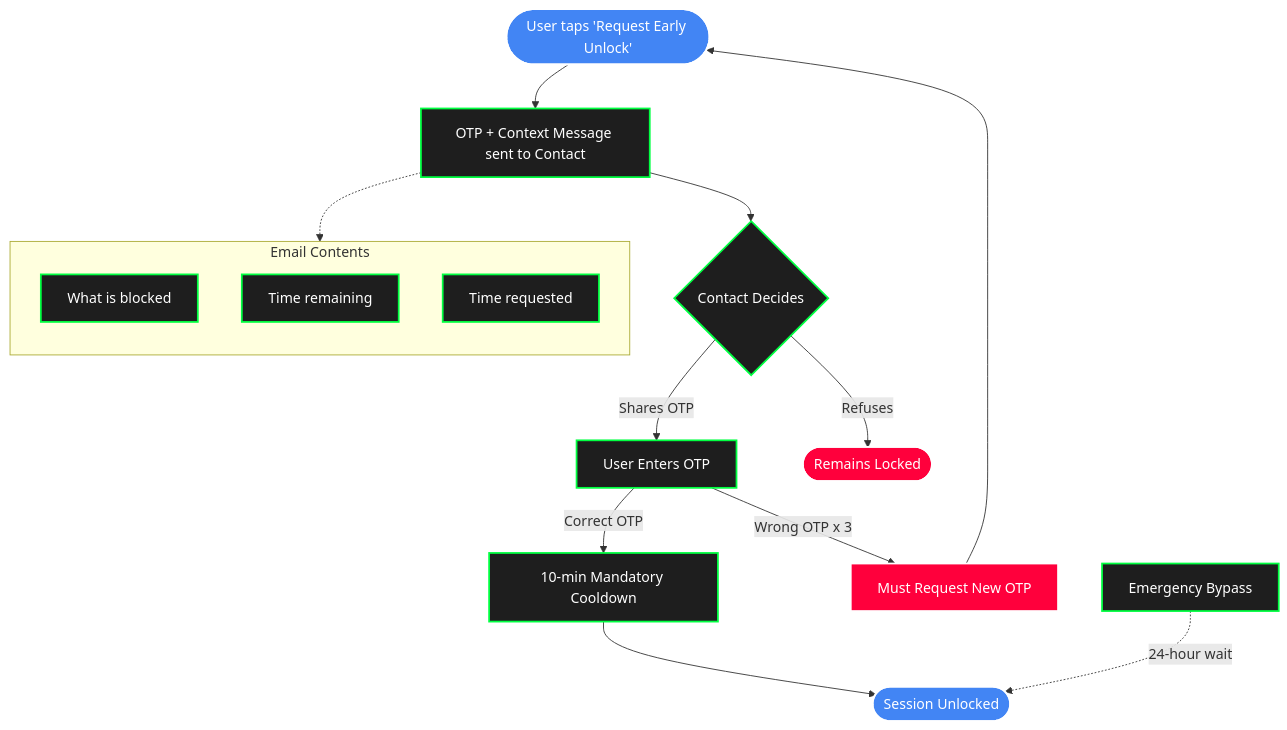
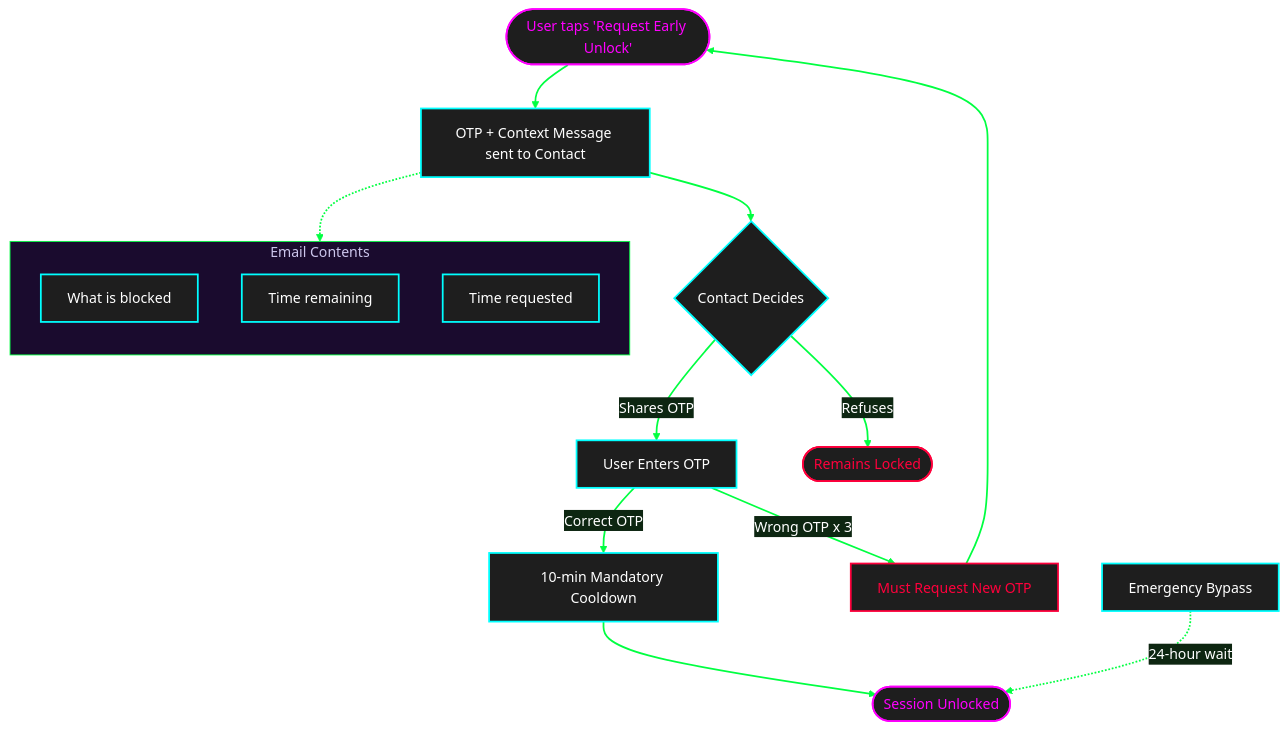
Before and after one commit to Harshal-S-Bhoyar/FocuseLocker: the first of 3 diagrams in README.md, drawn with Mermaid. The commit also changed other lines of this file, not shown here.

Commit message:
docs: Cyberpunk theme overhaul and standard heading cleanup for README.md

````diff
--- a/README.md
+++ b/README.md
@@ -78,31 +78,36 @@
 ```mermaid
 flowchart TD
+    %% Cyberpunk Theme Styling
+    %%{init: {'theme': 'base', 'themeVariables': { 'background': '#050510', 'primaryColor': '#110D26', 'primaryBorderColor': '#00FFFF', 'primaryTextColor': '#FFFFFF', 'lineColor': '#FF0055', 'clusterBkg': '#1A0B2E', 'clusterBorder': '#00FF41' }}}%%
+
     Start([User taps 'Request Early Unlock']) --> Email[OTP + Context Message sent to Contact]
     
     subgraph Context[Email Contents]
         direction TB
         A[What is blocked]
         B[Time remaining]
         C[Time requested]
     end
     Email -.-> Context
     
     Email --> Decision{Contact Decides}
     Decision -- Shares OTP --> Input[User Enters OTP]
     Decision -- Refuses --> Blocked([Remains Locked])
     
     Input -- Correct OTP --> Cooldown[10-min Mandatory Cooldown]
     Cooldown --> Unlocked([Session Unlocked])
     
     Input -- Wrong OTP x 3 --> NewRequest[Must Request New OTP]
     NewRequest --> Start
     
     Fallback[Emergency Bypass] -.->|24-hour wait| Unlocked
     
-    classDef default fill:#1E1E1E,stroke:#00FF41,stroke-width:2px,color:#FFF
-    classDef highlight fill:#4285F4,stroke:#FFF,color:#FFF
-    classDef error fill:#FF003C,stroke:#FFF,color:#FFF
+    classDef default fill:#1E1E1E,stroke:#00FFFF,stroke-width:2px,color:#FFFFFF
+    classDef highlight fill:#1E1E1E,stroke:#FF00FF,stroke-width:2px,color:#FF00FF,shadow:true
+    classDef error fill:#1E1E1E,stroke:#FF003C,stroke-width:2px,color:#FF003C
     
     class Start,Unlocked highlight
     class Blocked,NewRequest error
+    
+    linkStyle default stroke:#00FF41,stroke-width:2px;
 ```
````
